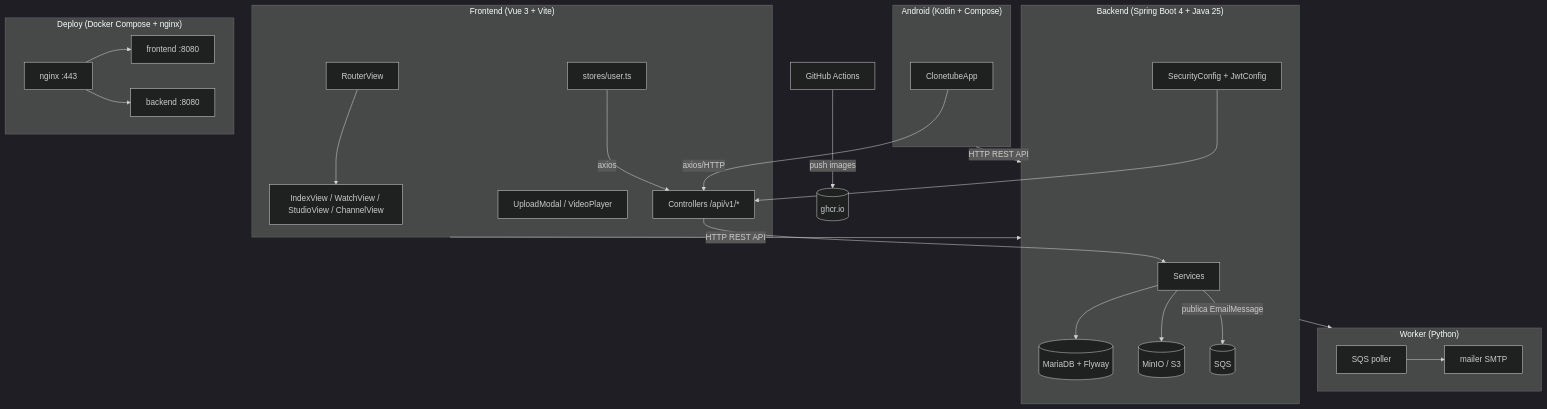
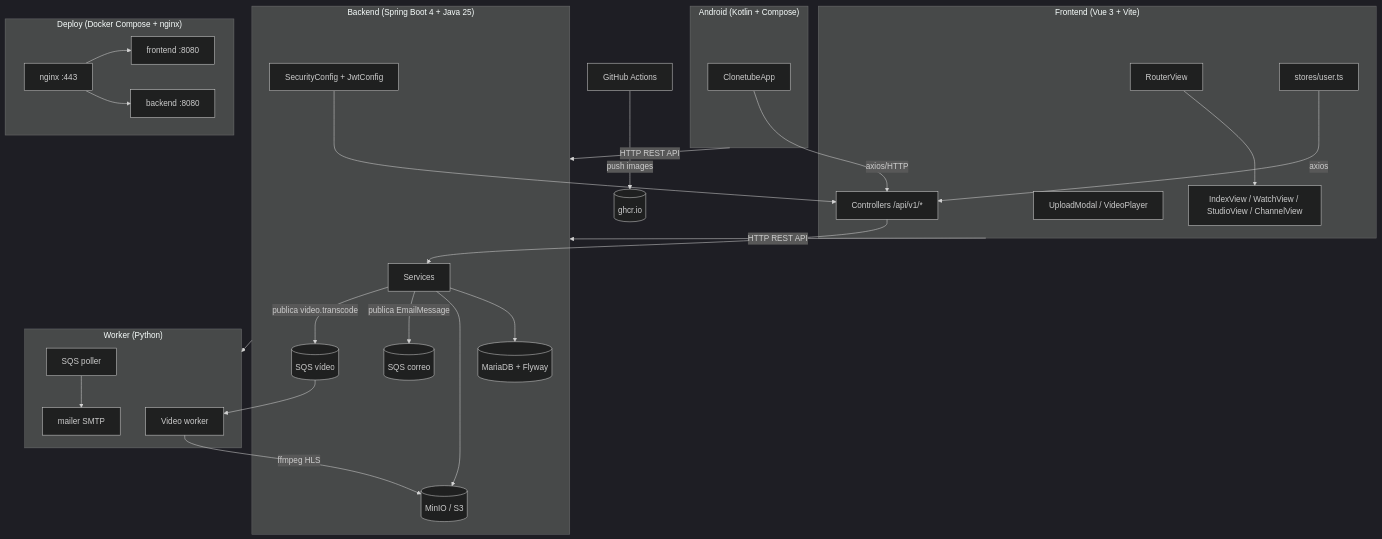
One commit to dsaub/clonetube changed the diagram in AGENTS.md. Above: the diagram before and after it, drawn with Mermaid (dark theme). The commit also changed other lines of this file and 3 other files, not shown here.

````diff
--- a/AGENTS.md
+++ b/AGENTS.md
@@ -357,34 +389,37 @@
 ```mermaid
 graph TD
     subgraph Frontend["Frontend (Vue 3 + Vite)"]
         R[RouterView] --> I[IndexView / WatchView / StudioView / ChannelView]
         S[stores/user.ts] -->|axios| API
         C[UploadModal / VideoPlayer]
     end
 
     subgraph Backend["Backend (Spring Boot 4 + Java 25)"]
         API[Controllers /api/v1/*] --> SVC[Services]
         SVC --> JPA[(MariaDB + Flyway)]
         SVC --> S3[(MinIO / S3)]
-        SVC -->|publica EmailMessage| SQS[(SQS)]
+        SVC -->|publica EmailMessage| SQS[(SQS correo)]
+        SVC -->|publica video.transcode| VSQS[(SQS vídeo)]
         SEC[SecurityConfig + JwtConfig] --> API
     end
 
     subgraph Worker["Worker (Python)"]
         W[SQS poller] --> M[mailer SMTP]
+        VW[Video worker] -->|ffmpeg HLS| S3
+        VSQS --> VW
     end
 
     subgraph Android["Android (Kotlin + Compose)"]
         A[ClonetubeApp] -->|axios/HTTP| API
     end
 
     subgraph Deploy["Deploy (Docker Compose + nginx)"]
         NG[nginx :443] --> F[frontend :8080]
         NG --> B[backend :8080]
     end
 
     Frontend -->|HTTP REST API| Backend
     Android -->|HTTP REST API| Backend
     Backend --> Worker
     CI[GitHub Actions] -->|push images| GHCR[(ghcr.io)]
 ```
````
